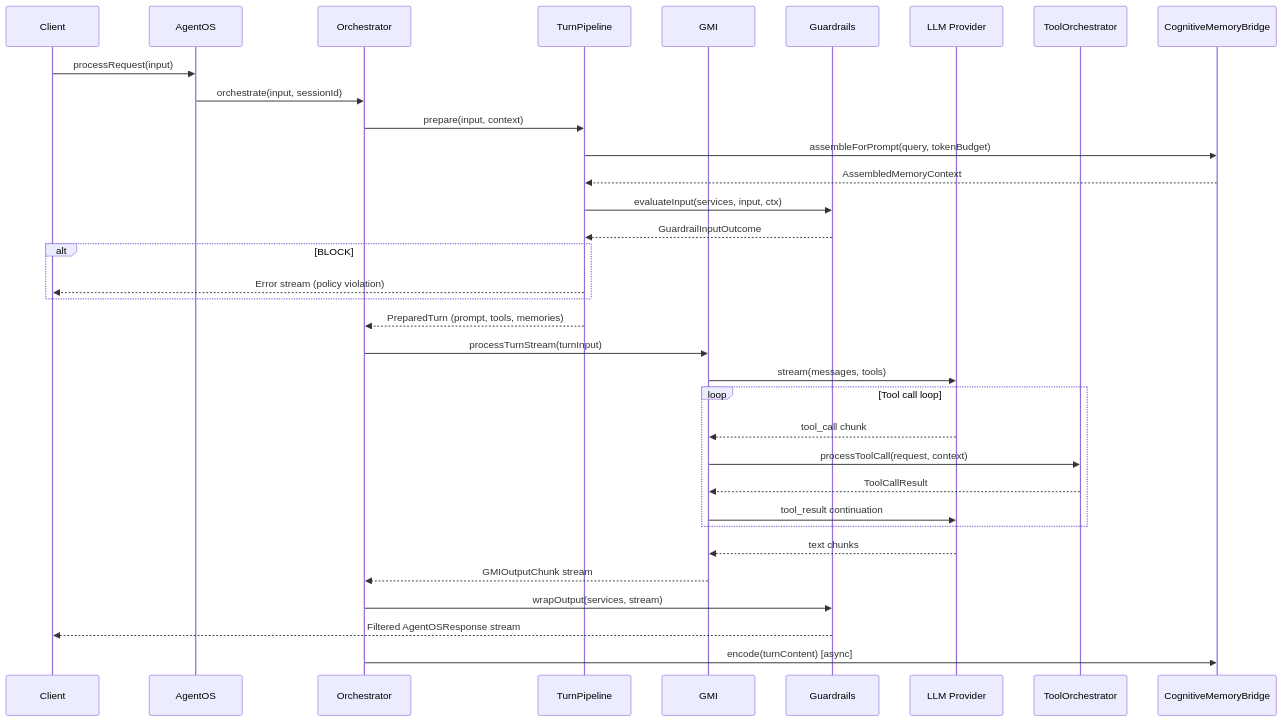
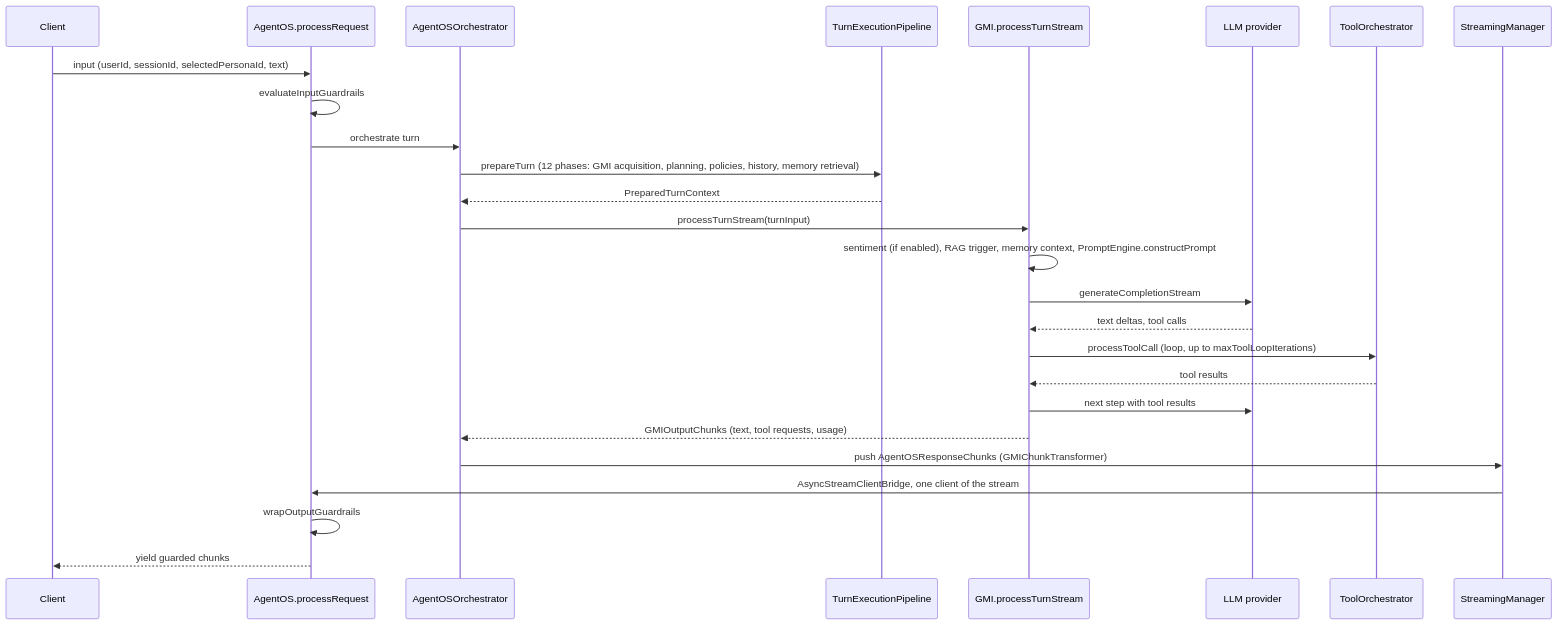
The third of 10 diagrams in docs/architecture/ARCHITECTURE.md (RheagalFire/agentos), drawn with Mermaid before and after one commit. The commit also changed other lines of this file and 8 other files, not shown here.

Commit message:
docs: concept pages for the two API paths, the turn lifecycle, memory, self-extension and agencies; architecture and emergent pages corrected (#100)

````diff
--- a/docs/architecture/ARCHITECTURE.md
+++ b/docs/architecture/ARCHITECTURE.md
@@ -211,37 +203,29 @@
 ```mermaid
 sequenceDiagram
     participant C as Client
-    participant AOS as AgentOS
-    participant Orch as Orchestrator
-    participant TP as TurnPipeline
-    participant GMI as GMI
-    participant GR as Guardrails
-    participant LLM as LLM Provider
-    participant TO as ToolOrchestrator
-    participant Mem as CognitiveMemoryBridge
+    participant F as AgentOS.processRequest
+    participant O as AgentOSOrchestrator
+    participant P as TurnExecutionPipeline
+    participant G as GMI.processTurnStream
+    participant L as LLM provider
+    participant T as ToolOrchestrator
+    participant S as StreamingManager
 
-    C->>AOS: processRequest(input)
-    AOS->>Orch: orchestrate(input, sessionId)
-    Orch->>TP: prepare(input, context)
-    TP->>Mem: assembleForPrompt(query, tokenBudget)
-    Mem-->>TP: AssembledMemoryContext
-    TP->>GR: evaluateInput(services, input, ctx)
-    GR-->>TP: GuardrailInputOutcome
-    alt BLOCK
-        TP-->>C: Error stream (policy violation)
-    end
-    TP-->>Orch: PreparedTurn (prompt, tools, memories)
-    Orch->>GMI: processTurnStream(turnInput)
-    GMI->>LLM: stream(messages, tools)
-    loop Tool call loop
-        LLM-->>GMI: tool_call chunk
-        GMI->>TO: processToolCall(request, context)
-        TO-->>GMI: ToolCallResult
-        GMI->>LLM: tool_result continuation
-    end
-    LLM-->>GMI: text chunks
-    GMI-->>Orch: GMIOutputChunk stream
-    Orch->>GR: wrapOutput(services, stream)
-    GR-->>C: Filtered AgentOSResponse stream
-    Orch->>Mem: encode(turnContent) [async]
+    C->>F: input (userId, sessionId, selectedPersonaId, text)
+    F->>F: evaluateInputGuardrails
+    F->>O: orchestrate turn
+    O->>P: prepareTurn (12 phases: GMI acquisition, planning, policies, history, memory retrieval)
+    P-->>O: PreparedTurnContext
+    O->>G: processTurnStream(turnInput)
+    G->>G: sentiment (if enabled), RAG trigger, memory context, PromptEngine.constructPrompt
+    G->>L: generateCompletionStream
+    L-->>G: text deltas, tool calls
+    G->>T: processToolCall (loop, up to maxToolLoopIterations)
+    T-->>G: tool results
+    G->>L: next step with tool results
+    G-->>O: GMIOutputChunks (text, tool requests, usage)
+    O->>S: push AgentOSResponseChunks (GMIChunkTransformer)
+    S->>F: AsyncStreamClientBridge, one client of the stream
+    F->>F: wrapOutputGuardrails
+    F-->>C: yield guarded chunks
 ```
````
